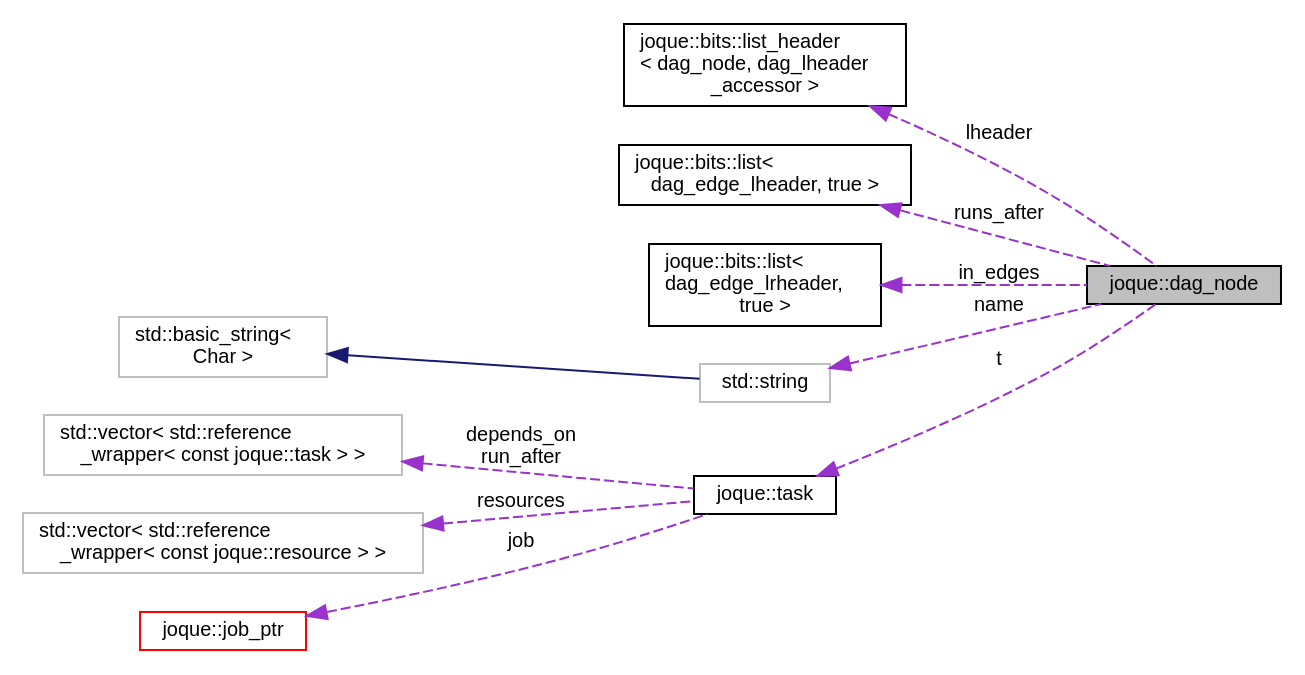
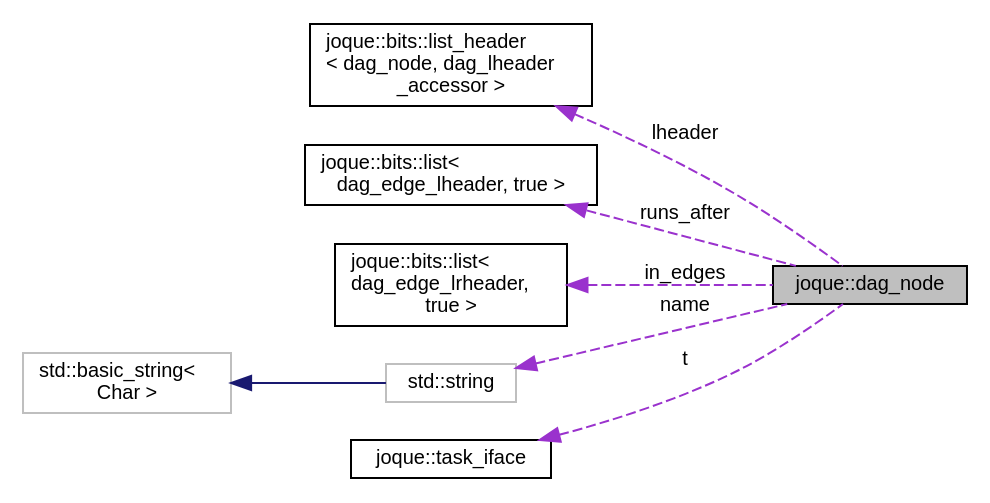
One commit to koniarik/joque changed the diagram in structjoque_1_1dag__node__coll__graph.dot. Above: the diagram before and after it, drawn with Graphviz. The commit also changed 223 other files, not shown here.

```diff
--- a/structjoque_1_1dag__node__coll__graph.dot
+++ b/structjoque_1_1dag__node__coll__graph.dot
@@ -1,26 +1,20 @@
 digraph "joque::dag_node"
 {
  // LATEX_PDF_SIZE
   edge [fontname="Helvetica",fontsize="10",labelfontname="Helvetica",labelfontsize="10"];
   node [fontname="Helvetica",fontsize="10",shape=record];
   rankdir="LR";
   Node1 [label="joque::dag_node",height=0.2,width=0.4,color="black", fillcolor="grey75", style="filled", fontcolor="black",tooltip="Node representing all execution-related information for one task."];
   Node2 -> Node1 [dir="back",color="darkorchid3",fontsize="10",style="dashed",label=" lheader" ,fontname="Helvetica"];
   Node2 [label="joque::bits::list_header\l\< dag_node, dag_lheader\l_accessor \>",height=0.2,width=0.4,color="black", fillcolor="white", style="filled",URL="$structjoque_1_1bits_1_1list__header.html",tooltip=" "];
   Node3 -> Node1 [dir="back",color="darkorchid3",fontsize="10",style="dashed",label=" runs_after" ,fontname="Helvetica"];
   Node3 [label="joque::bits::list\<\l dag_edge_lheader, true \>",height=0.2,width=0.4,color="black", fillcolor="white", style="filled",URL="$classjoque_1_1bits_1_1list.html",tooltip=" "];
   Node4 -> Node1 [dir="back",color="darkorchid3",fontsize="10",style="dashed",label=" in_edges" ,fontname="Helvetica"];
   Node4 [label="joque::bits::list\<\l dag_edge_lrheader,\l true \>",height=0.2,width=0.4,color="black", fillcolor="white", style="filled",URL="$classjoque_1_1bits_1_1list.html",tooltip=" "];
   Node5 -> Node1 [dir="back",color="darkorchid3",fontsize="10",style="dashed",label=" name" ,fontname="Helvetica"];
   Node5 [label="std::string",height=0.2,width=0.4,color="grey75", fillcolor="white", style="filled",tooltip=" "];
   Node6 -> Node5 [dir="back",color="midnightblue",fontsize="10",style="solid",fontname="Helvetica"];
   Node6 [label="std::basic_string\<\l Char \>",height=0.2,width=0.4,color="grey75", fillcolor="white", style="filled",tooltip=" "];
   Node7 -> Node1 [dir="back",color="darkorchid3",fontsize="10",style="dashed",label=" t" ,fontname="Helvetica"];
-  Node7 [label="joque::task",height=0.2,width=0.4,color="black", fillcolor="white", style="filled",URL="$namespacejoque.html#structjoque_1_1task",tooltip="Single task that should be executed by the system."];
-  Node8 -> Node7 [dir="back",color="darkorchid3",fontsize="10",style="dashed",label=" depends_on\nrun_after" ,fontname="Helvetica"];
-  Node8 [label="std::vector\< std::reference\l_wrapper\< const joque::task \> \>",height=0.2,width=0.4,color="grey75", fillcolor="white", style="filled",tooltip=" "];
-  Node9 -> Node7 [dir="back",color="darkorchid3",fontsize="10",style="dashed",label=" resources" ,fontname="Helvetica"];
-  Node9 [label="std::vector\< std::reference\l_wrapper\< const joque::resource \> \>",height=0.2,width=0.4,color="grey75", fillcolor="white", style="filled",tooltip=" "];
-  Node10 -> Node7 [dir="back",color="darkorchid3",fontsize="10",style="dashed",label=" job" ,fontname="Helvetica"];
-  Node10 [label="joque::job_ptr",height=0.2,width=0.4,color="red", fillcolor="white", style="filled",URL="$structjoque_1_1job__ptr.html",tooltip="Custom unique_ptr wrapper that simplifies syntax of tasks."];
+  Node7 [label="joque::task_iface",height=0.2,width=0.4,color="black", fillcolor="white", style="filled",URL="$structjoque_1_1task__iface.html",tooltip=" "];
 }
```
